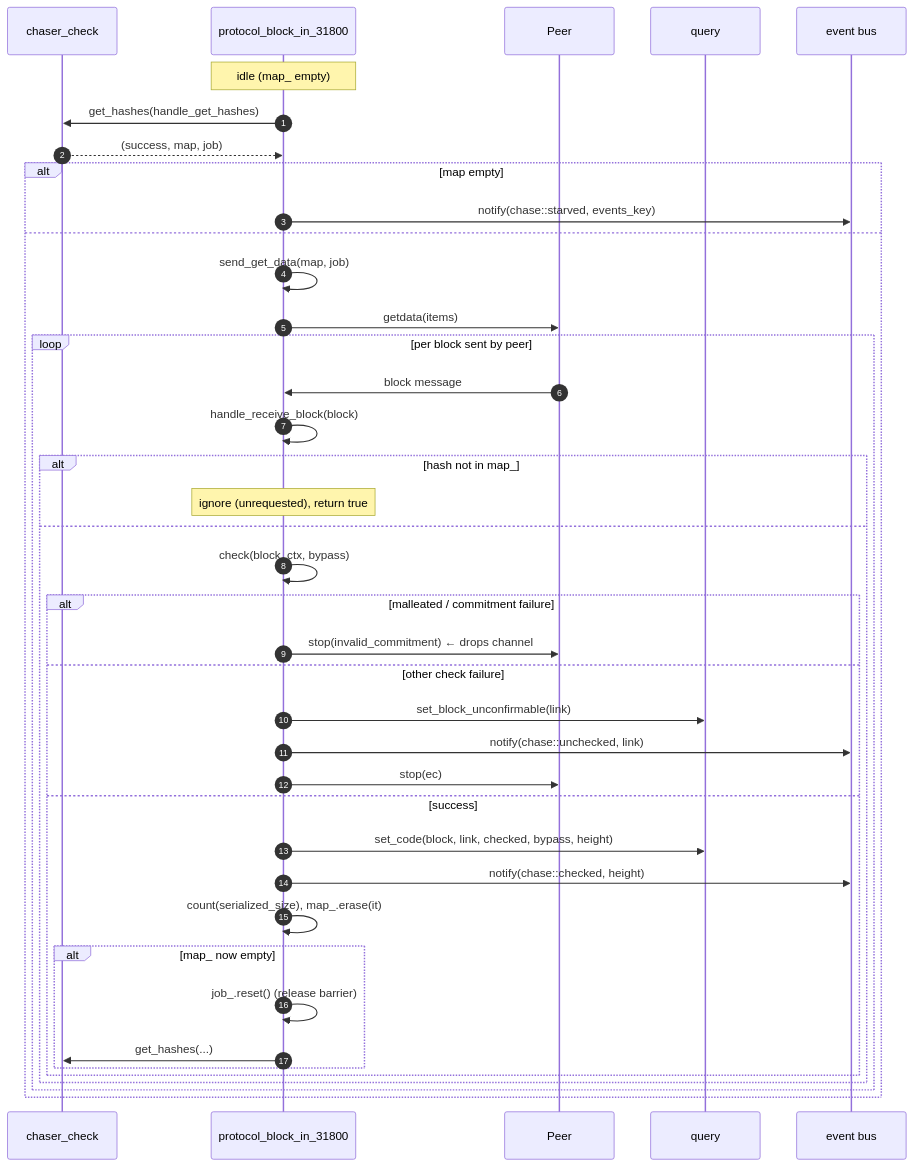
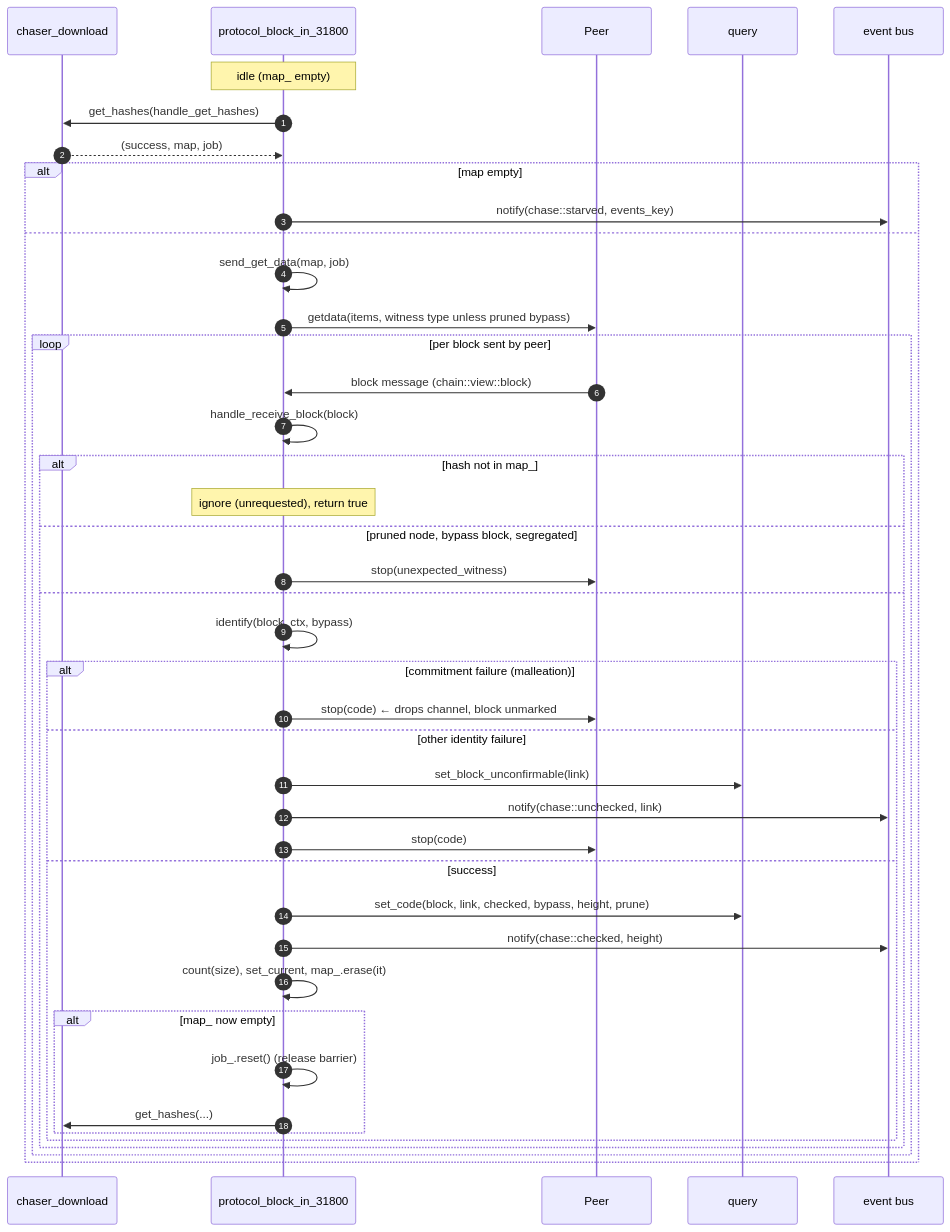
Before and after one commit to libbitcoin/libbitcoin.github.io: the fifth of 6 diagrams in architecture/md/06-sessions-and-protocols.md, drawn with Mermaid. The commit also changed other lines of this file and 31 other files, not shown here.

Commit message:
Add the node architecture pages.

````diff
--- a/architecture/md/06-sessions-and-protocols.md
+++ b/architecture/md/06-sessions-and-protocols.md
@@ -491,43 +468,45 @@
 ```mermaid
 sequenceDiagram
     autonumber
-    participant CHK as chaser_check
+    participant CHK as chaser_download
     participant PB as protocol_block_in_31800
     participant P as Peer
     participant Q as query
     participant Bus as event bus
 
     Note over PB: idle (map_ empty)
     PB->>CHK: get_hashes(handle_get_hashes)
     CHK-->>PB: (success, map, job)
     alt map empty
         PB->>Bus: notify(chase::starved, events_key)
     else
         PB->>PB: send_get_data(map, job)
-        PB->>P: getdata(items)
+        PB->>P: getdata(items, witness type unless pruned bypass)
         loop per block sent by peer
-            P->>PB: block message
+            P->>PB: block message (chain::view::block)
             PB->>PB: handle_receive_block(block)
             alt hash not in map_
                 Note over PB: ignore (unrequested), return true
+            else pruned node, bypass block, segregated
+                PB->>P: stop(unexpected_witness)
             else
-                PB->>PB: check(block, ctx, bypass)
-                alt malleated / commitment failure
-                    PB->>P: stop(invalid_commitment) ← drops channel
-                else other check failure
+                PB->>PB: identify(block, ctx, bypass)
+                alt commitment failure (malleation)
+                    PB->>P: stop(code) ← drops channel, block unmarked
+                else other identity failure
                     PB->>Q: set_block_unconfirmable(link)
                     PB->>Bus: notify(chase::unchecked, link)
-                    PB->>P: stop(ec)
+                    PB->>P: stop(code)
                 else success
-                    PB->>Q: set_code(block, link, checked, bypass, height)
+                    PB->>Q: set_code(block, link, checked, bypass, height, prune)
                     PB->>Bus: notify(chase::checked, height)
-                    PB->>PB: count(serialized_size), map_.erase(it)
+                    PB->>PB: count(size), set_current, map_.erase(it)
                     alt map_ now empty
                         PB->>PB: job_.reset() (release barrier)
                         PB->>CHK: get_hashes(...)
                     end
                 end
             end
         end
     end
 ```
````
